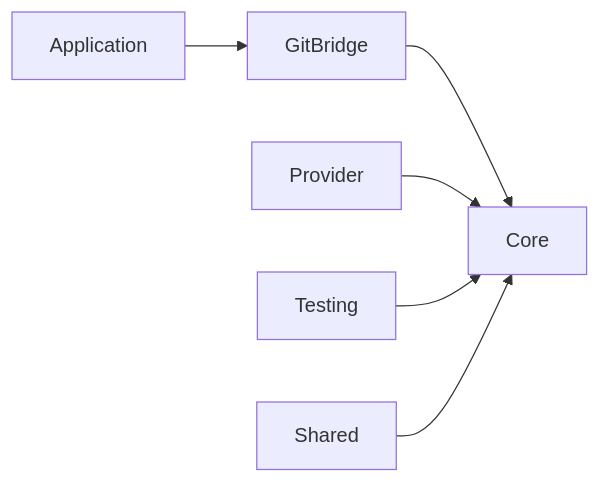
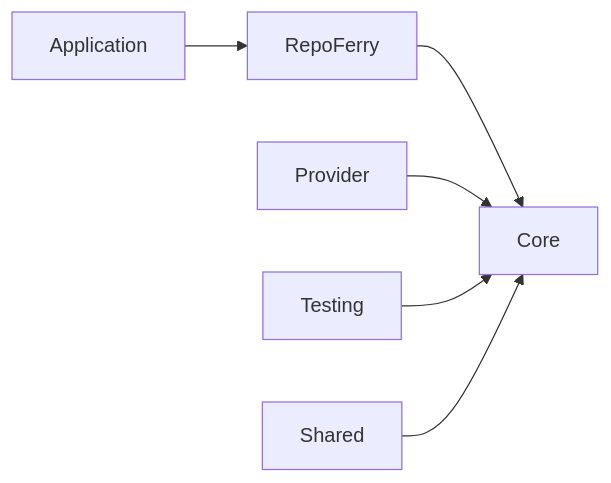
Before and after one commit to mriduldey/git-bridge: the second of 4 diagrams in docs/architecture/adr/ADR-003.md, drawn with Mermaid. The commit also changed other lines of this file and 119 other files, not shown here.

````diff
--- a/docs/architecture/adr/ADR-003.md
+++ b/docs/architecture/adr/ADR-003.md
@@ -261,15 +261,15 @@
 ```mermaid
 flowchart LR
 
 Application
 
-Application --> GitBridge
+Application --> RepoFerry
 
-GitBridge --> Core
+RepoFerry --> Core
 
 Provider --> Core
 
 Testing --> Core
 
 Shared --> Core
 ```
````
